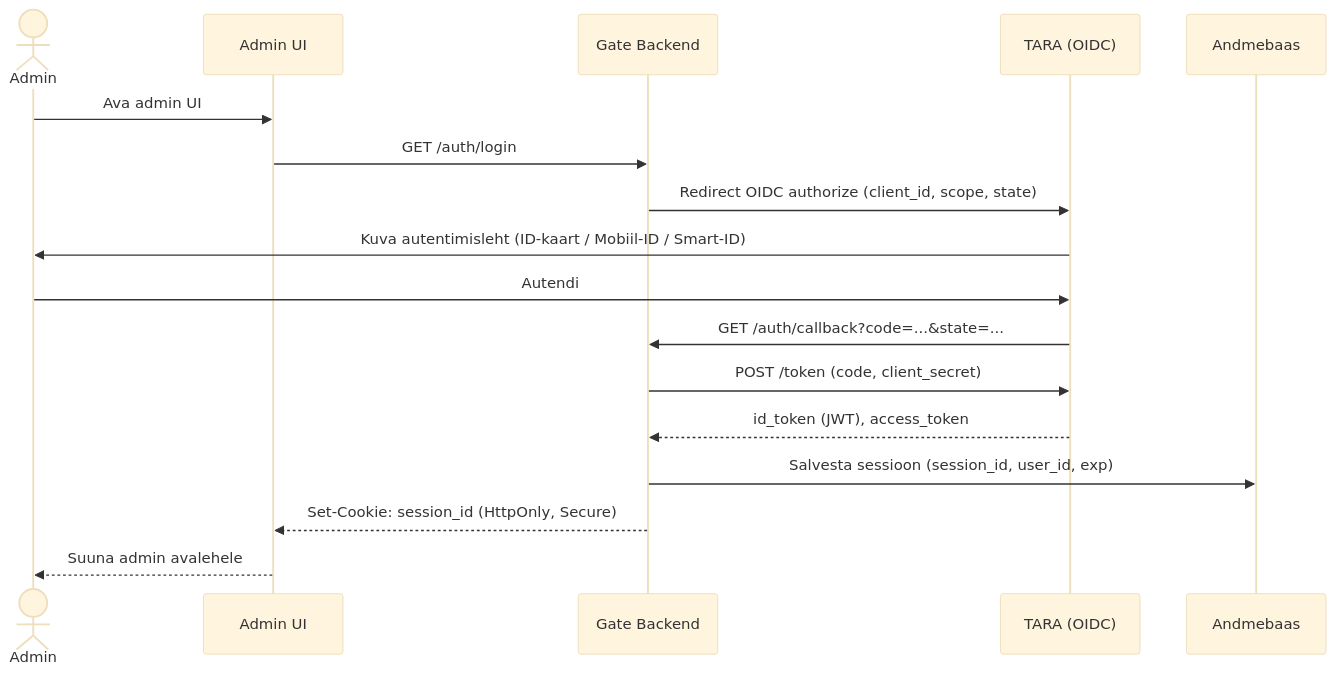
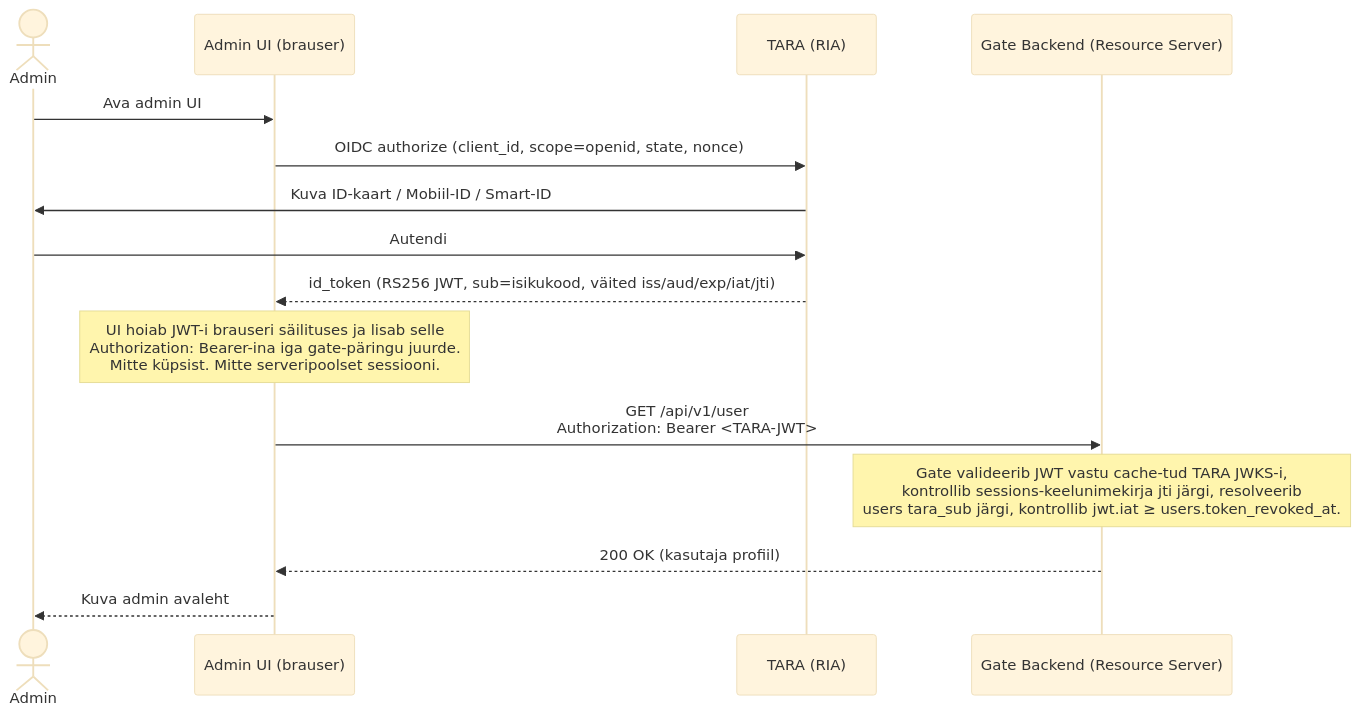
One commit to kemit-ee/efti-gate-ee changed the first of 10 diagrams in docs/efti_full_epics_et.md. Above: the diagram before and after it, drawn with Mermaid (base theme). The commit also changed other lines of this file and 32 other files, not shown here.

First line of the commit message:
spec: principle — contract not code; strip SQL queries from non-schema files; declare break-glass + revoke-token contracts

````diff
--- a/docs/efti_full_epics_et.md
+++ b/docs/efti_full_epics_et.md
@@ -228,20 +232,20 @@
 ```mermaid
 sequenceDiagram
     actor Admin
-    participant UI as Admin UI
-    participant Gate as Gate Backend
-    participant TARA as TARA (OIDC)
-    participant DB as Andmebaas
+    participant UI as Admin UI (brauser)
+    participant TARA as TARA (RIA)
+    participant Gate as Gate Backend (Resource Server)
 
     Admin->>UI: Ava admin UI
-    UI->>Gate: GET /auth/login
-    Gate->>TARA: Redirect OIDC authorize (client_id, scope, state)
-    TARA->>Admin: Kuva autentimisleht (ID-kaart / Mobiil-ID / Smart-ID)
+    UI->>TARA: OIDC authorize (client_id, scope=openid, state, nonce)
+    TARA->>Admin: Kuva ID-kaart / Mobiil-ID / Smart-ID
     Admin->>TARA: Autendi
-    TARA->>Gate: GET /auth/callback?code=...&state=...
-    Gate->>TARA: POST /token (code, client_secret)
-    TARA-->>Gate: id_token (JWT), access_token
-    Gate->>DB: Salvesta sessioon (session_id, user_id, exp)
-    Gate-->>UI: Set-Cookie: session_id (HttpOnly, Secure)
-    UI-->>Admin: Suuna admin avalehele
+    TARA-->>UI: id_token (RS256 JWT, sub=isikukood, väited iss/aud/exp/iat/jti)
+
+    Note over UI: UI hoiab JWT-i brauseri säilituses ja lisab selle<br/>Authorization: Bearer-ina iga gate-päringu juurde.<br/>Mitte küpsist. Mitte serveripoolset sessiooni.
+
+    UI->>Gate: GET /api/v1/user<br/>Authorization: Bearer <TARA-JWT>
+    Note over Gate: Gate valideerib JWT vastu cache-tud TARA JWKS-i,<br/>kontrollib sessions-keelunimekirja jti järgi, resolveerib<br/>users tara_sub järgi, kontrollib jwt.iat ≥ users.token_revoked_at.
+    Gate-->>UI: 200 OK (kasutaja profiil)
+    UI-->>Admin: Kuva admin avaleht
 ```
````
